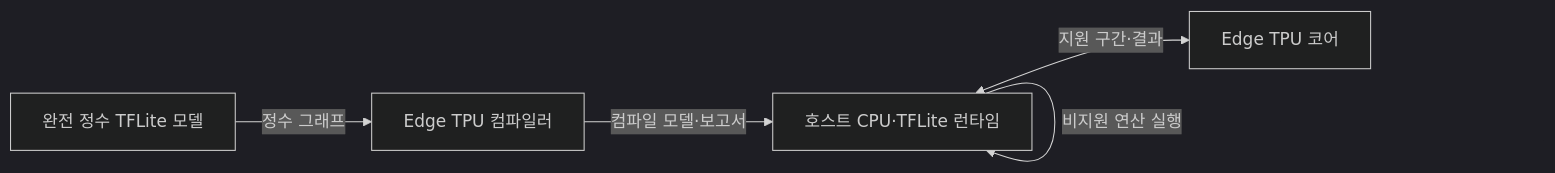
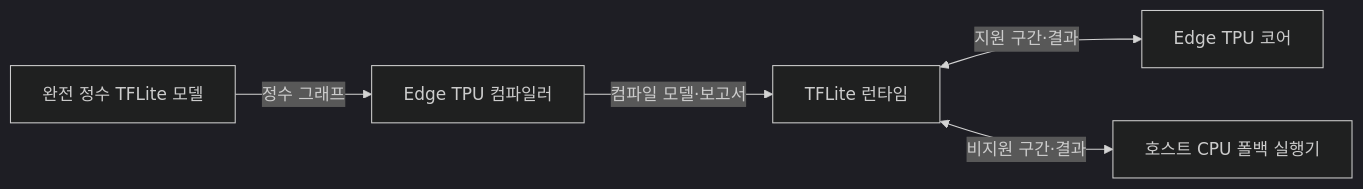
The first of 2 diagrams in src/content/docs/notes/02-hardware/045_edge_tpu.md (agnusdei1207/knowledge-base), drawn with Mermaid (dark theme) before and after one commit. The commit also changed other lines of this file and 20 other files, not shown here.

````diff
--- a/src/content/docs/notes/02-hardware/045_edge_tpu.md
+++ b/src/content/docs/notes/02-hardware/045_edge_tpu.md
@@ -62,11 +67,12 @@
 ```mermaid
 flowchart LR
     M[완전 정수 TFLite 모델]
     C[Edge TPU 컴파일러]
-    H[호스트 CPU·TFLite 런타임]
+    H[TFLite 런타임]
     E[Edge TPU 코어]
+    F[호스트 CPU 폴백 실행기]
     M -->|정수 그래프| C
     C -->|컴파일 모델·보고서| H
     H <-->|지원 구간·결과| E
-    H -->|비지원 연산 실행| H
+    H <-->|비지원 구간·결과| F
 ```
````
